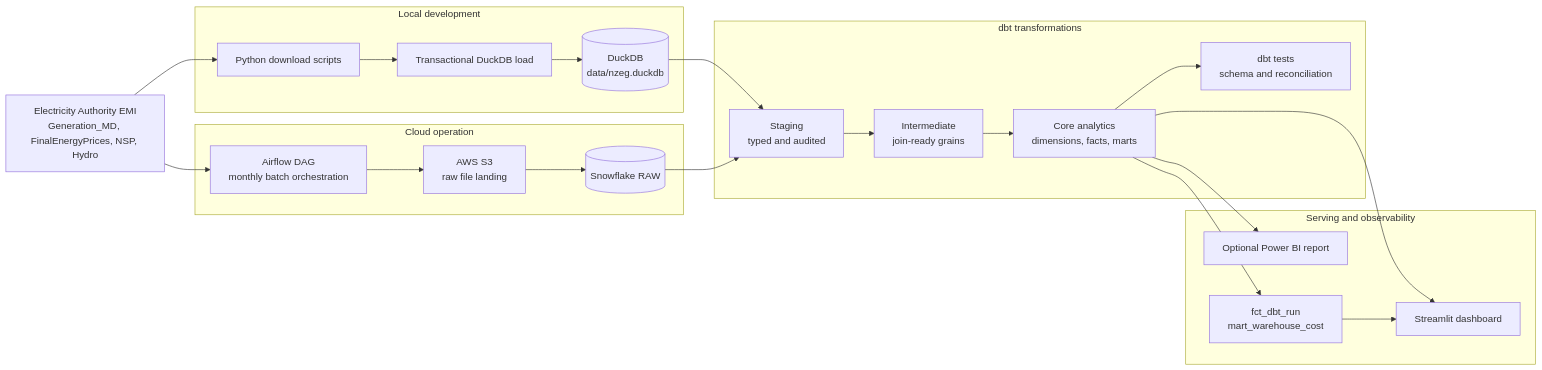
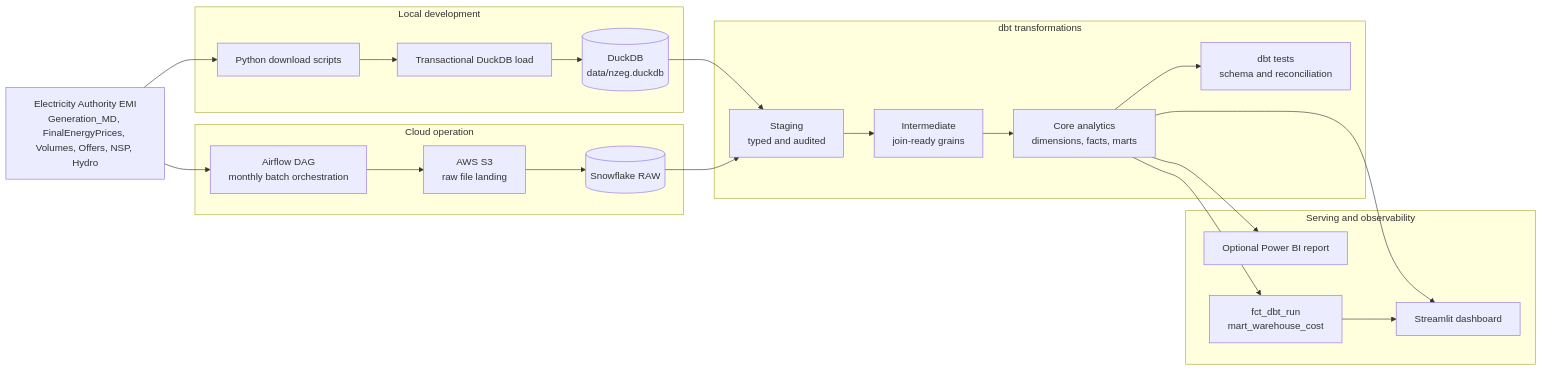
Before and after one commit to gaoxinglin/nz-electricity-generation-batch-pipeline: the diagram in README.md, drawn with Mermaid. The commit also changed other lines of this file and 68 other files, not shown here.

````diff
--- a/README.md
+++ b/README.md
@@ -36,38 +37,38 @@
 ```mermaid
 flowchart LR
-    EMI["Electricity Authority EMI<br/>Generation_MD, FinalEnergyPrices, NSP, Hydro"]
+    EMI["Electricity Authority EMI<br/>Generation_MD, FinalEnergyPrices, Volumes, Offers, NSP, Hydro"]
 
     subgraph LOCAL["Local development"]
         L_EXTRACT["Python download scripts"]
         L_LOAD["Transactional DuckDB load"]
         DUCK[("DuckDB<br/>data/nzeg.duckdb")]
     end
 
     subgraph CLOUD["Cloud operation"]
         AF["Airflow DAG<br/>monthly batch orchestration"]
         S3["AWS S3<br/>raw file landing"]
         SF_RAW[("Snowflake RAW")]
     end
 
     subgraph DBT["dbt transformations"]
         STG["Staging<br/>typed and audited"]
         INT["Intermediate<br/>join-ready grains"]
         CORE["Core analytics<br/>dimensions, facts, marts"]
         TESTS["dbt tests<br/>schema and reconciliation"]
     end
 
     subgraph SERVE["Serving and observability"]
         ST["Streamlit dashboard"]
         BI["Optional Power BI report"]
         OBS["fct_dbt_run<br/>mart_warehouse_cost"]
     end
 
     EMI --> L_EXTRACT --> L_LOAD --> DUCK
     EMI --> AF --> S3 --> SF_RAW
     DUCK --> STG
     SF_RAW --> STG
     STG --> INT --> CORE --> TESTS
     CORE --> ST
     CORE --> BI
     CORE --> OBS --> ST
 ```
````
